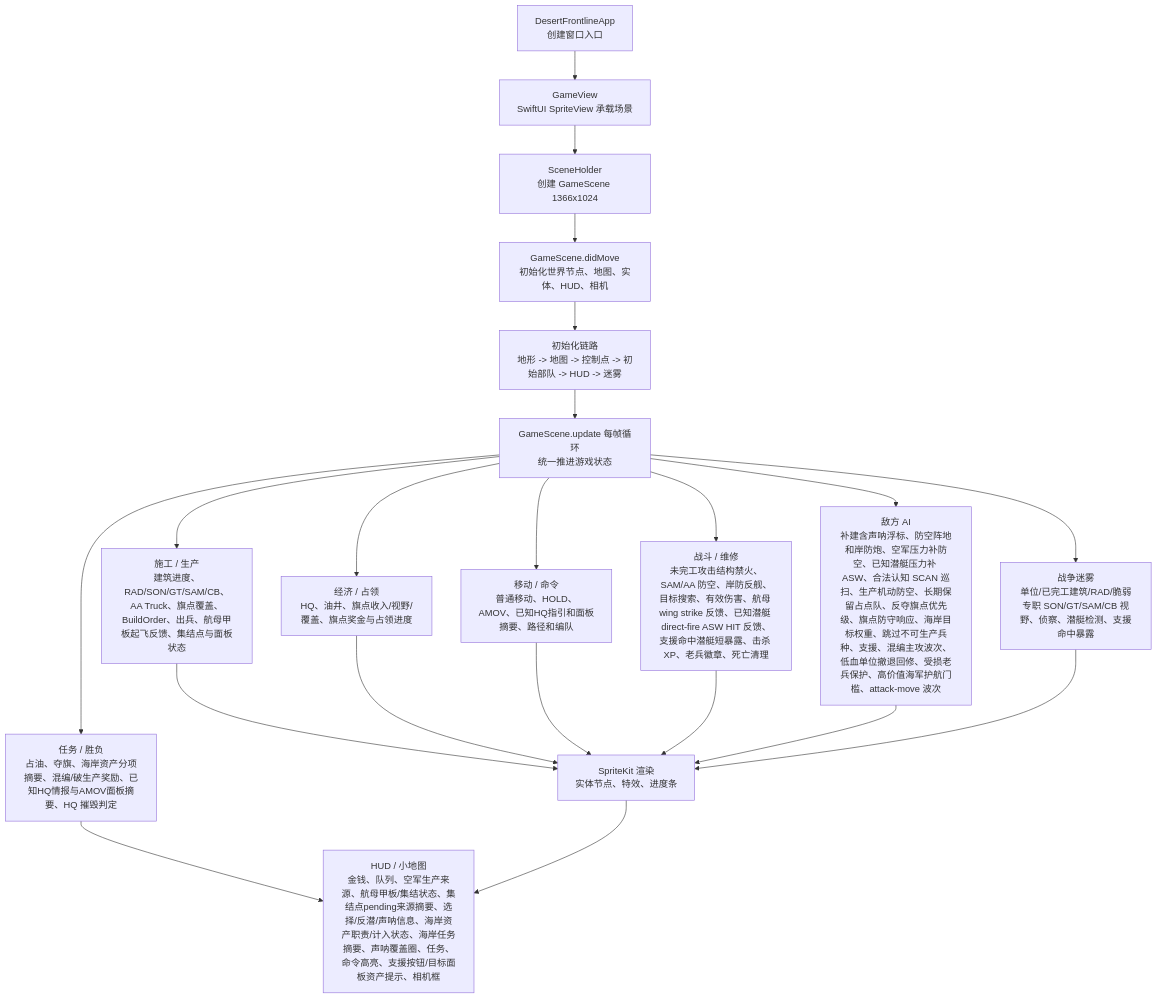
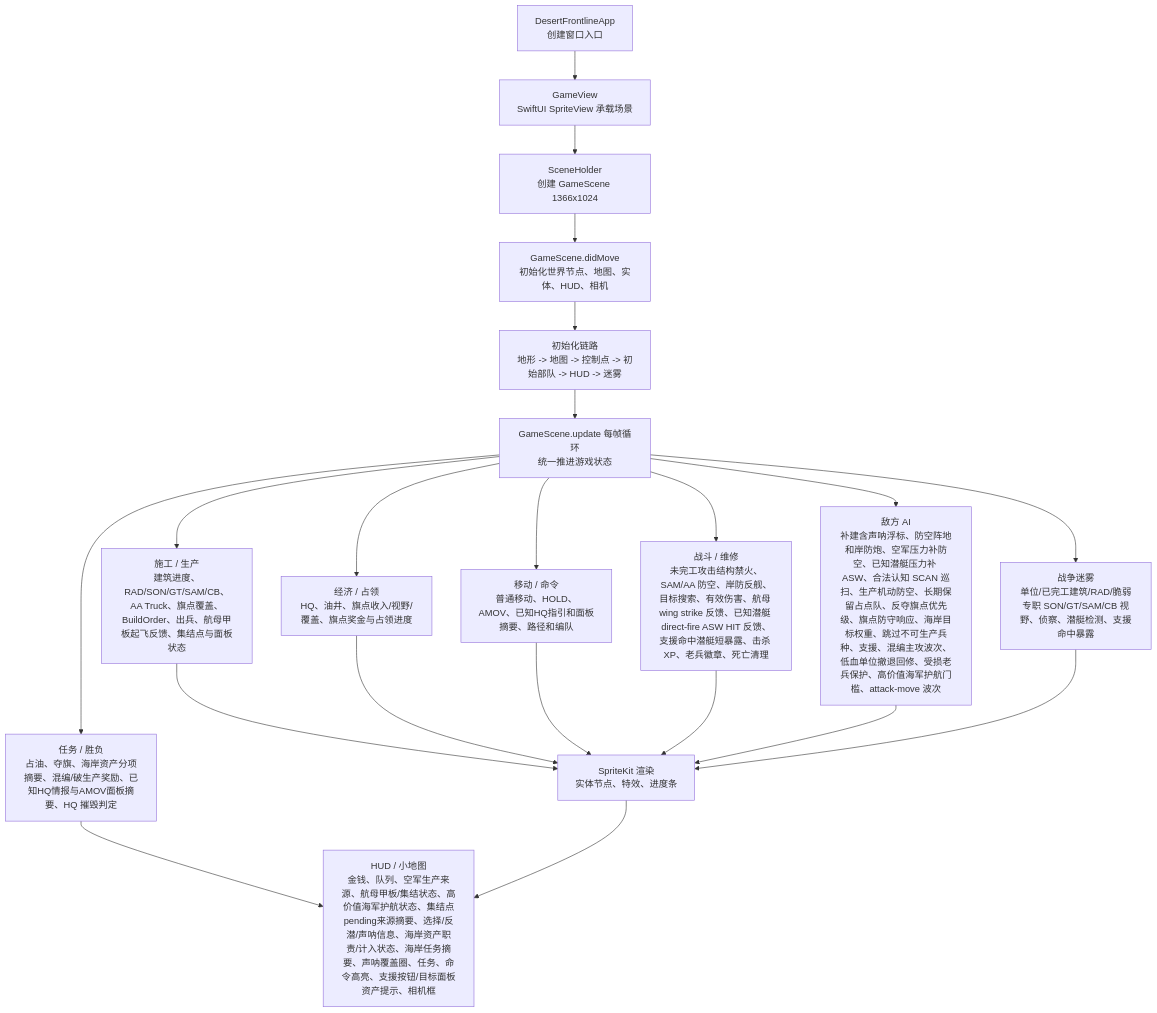
Before and after one commit to Altman-sam114/1145: the first of 3 diagrams in md/flow/flowchart.md, drawn with Mermaid. The commit also changed 4 other files, not shown here.

````diff
--- a/md/flow/flowchart.md
+++ b/md/flow/flowchart.md
@@ -9,23 +9,23 @@
 ```mermaid
 flowchart TD
   App["DesertFrontlineApp\n创建窗口入口"] --> View["GameView\nSwiftUI SpriteView 承载场景"]
   View --> Holder["SceneHolder\n创建 GameScene 1366x1024"]
   Holder --> Scene["GameScene.didMove\n初始化世界节点、地图、实体、HUD、相机"]
   Scene --> Init["初始化链路\n地形 -> 地图 -> 控制点 -> 初始部队 -> HUD -> 迷雾"]
   Init --> Loop["GameScene.update 每帧循环\n统一推进游戏状态"]
   Loop --> Build["施工 / 生产\n建筑进度、RAD/SON/GT/SAM/CB、AA Truck、旗点覆盖、BuildOrder、出兵、航母甲板起飞反馈、集结点与面板状态"]
   Loop --> Economy["经济 / 占领\nHQ、油井、旗点收入/视野/覆盖、旗点奖金与占领进度"]
   Loop --> Commands["移动 / 命令\n普通移动、HOLD、AMOV、已知HQ指引和面板摘要、路径和编队"]
   Loop --> Combat["战斗 / 维修\n未完工攻击结构禁火、SAM/AA 防空、岸防反舰、目标搜索、有效伤害、航母 wing strike 反馈、已知潜艇 direct-fire ASW HIT 反馈、支援命中潜艇短暴露、击杀 XP、老兵徽章、死亡清理"]
   Loop --> AI["敌方 AI\n补建含声呐浮标、防空阵地和岸防炮、空军压力补防空、已知潜艇压力补 ASW、合法认知 SCAN 巡扫、生产机动防空、长期保留占点队、反夺旗点优先级、旗点防守响应、海岸目标权重、跳过不可生产兵种、支援、混编主攻波次、低血单位撤退回修、受损老兵保护、高价值海军护航门槛、attack-move 波次"]
   Loop --> Fog["战争迷雾\n单位/已完工建筑/RAD/脆弱专职 SON/GT/SAM/CB 视野、侦察、潜艇检测、支援命中暴露"]
   Loop --> Mission["任务 / 胜负\n占油、夺旗、海岸资产分项摘要、混编/破生产奖励、已知HQ情报与AMOV面板摘要、HQ 摧毁判定"]
   Build --> Render["SpriteKit 渲染\n实体节点、特效、进度条"]
   Economy --> Render
   Commands --> Render
   Combat --> Render
   AI --> Render
   Fog --> Render
-  Mission --> HUD["HUD / 小地图\n金钱、队列、空军生产来源、航母甲板/集结状态、集结点pending来源摘要、选择/反潜/声呐信息、海岸资产职责/计入状态、海岸任务摘要、声呐覆盖圈、任务、命令高亮、支援按钮/目标面板资产提示、相机框"]
+  Mission --> HUD["HUD / 小地图\n金钱、队列、空军生产来源、航母甲板/集结状态、高价值海军护航状态、集结点pending来源摘要、选择/反潜/声呐信息、海岸资产职责/计入状态、海岸任务摘要、声呐覆盖圈、任务、命令高亮、支援按钮/目标面板资产提示、相机框"]
   Render --> HUD
 ```
````
